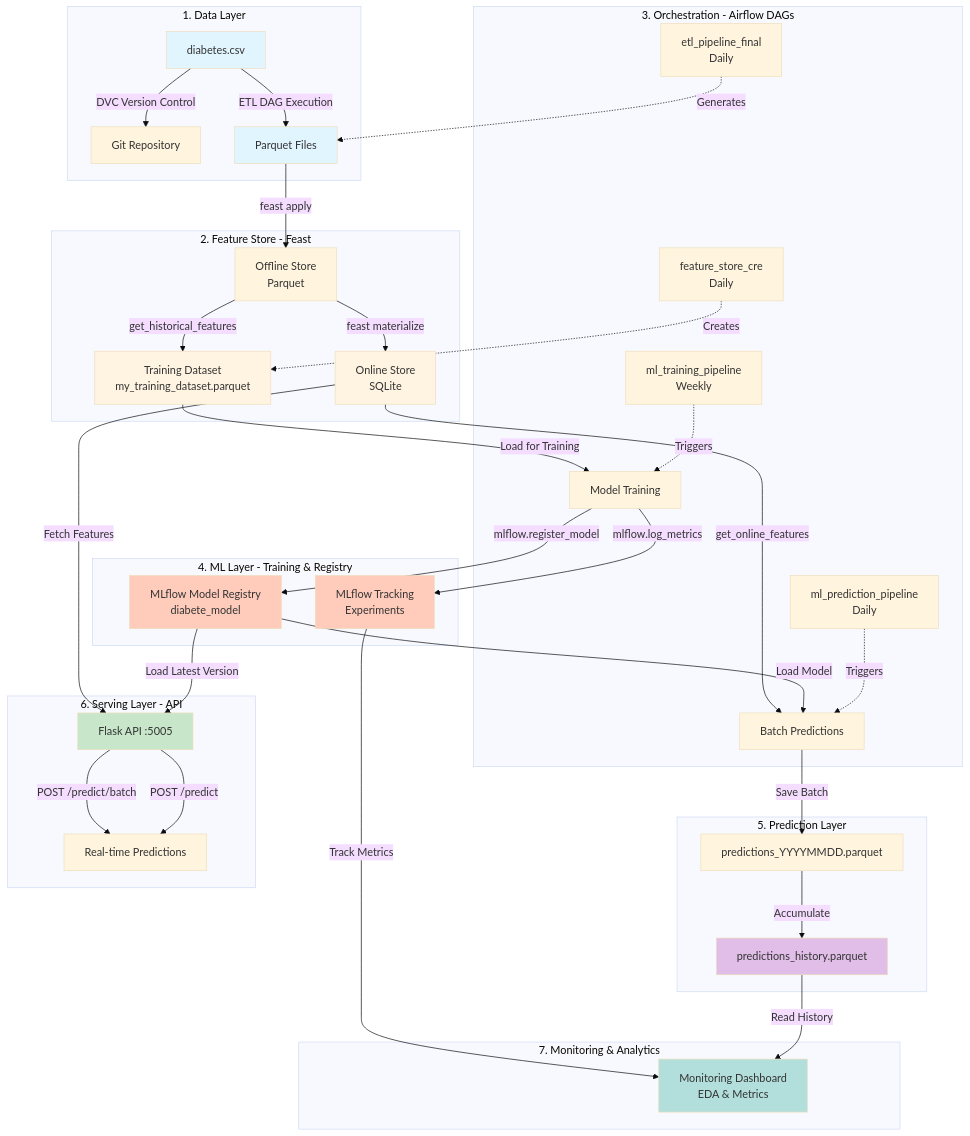
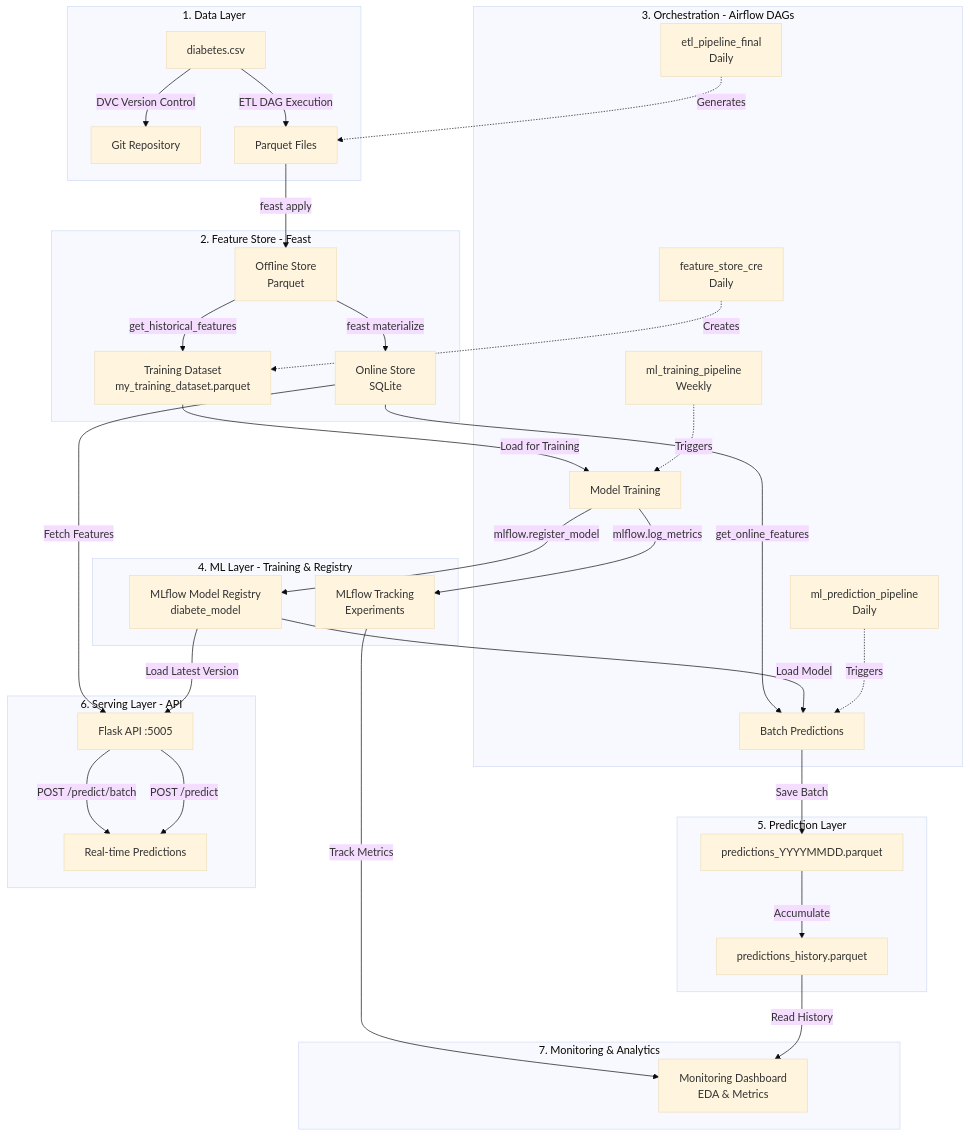
The first of 5 diagrams in README.md (velosoberti/MLOps), drawn with Mermaid (base theme) before and after one commit. The commit also changed other lines of this file, not shown here.

````diff
--- a/README.md
+++ b/README.md
@@ -32,55 +32,47 @@
 ```mermaid
 graph TB
     subgraph "1. Data Layer"
         A[diabetes.csv] -->|DVC Version Control| B[Git Repository]
         A -->|ETL DAG Execution| C[Parquet Files]
     end
     
     subgraph "2. Feature Store - Feast"
         C -->|feast apply| D[Offline Store<br/>Parquet]
         D -->|feast materialize| E[Online Store<br/>SQLite]
         D -->|get_historical_features| F[Training Dataset<br/>my_training_dataset.parquet]
     end
     
     subgraph "3. Orchestration - Airflow DAGs"
         G[etl_pipeline_final<br/>Daily] -.->|Generates| C
         H[feature_store_cre<br/>Daily] -.->|Creates| F
         I[ml_training_pipeline<br/>Weekly] -.->|Triggers| J[Model Training]
         K[ml_prediction_pipeline<br/>Daily] -.->|Triggers| L[Batch Predictions]
     end
     
     subgraph "4. ML Layer - Training & Registry"
         F -->|Load for Training| J
         J -->|mlflow.log_metrics| M[MLflow Tracking<br/>Experiments]
         J -->|mlflow.register_model| N[MLflow Model Registry<br/>diabete_model]
     end
     
     subgraph "5. Prediction Layer"
         N -->|Load Model| L
         E -->|get_online_features| L
         L -->|Save Batch| O[predictions_YYYYMMDD.parquet]
         O -->|Accumulate| P[predictions_history.parquet]
     end
     
     subgraph "6. Serving Layer - API"
         N -->|Load Latest Version| Q[Flask API :5005]
         E -->|Fetch Features| Q
         Q -->|POST /predict| R[Real-time Predictions]
         Q -->|POST /predict/batch| R
     end
     
     subgraph "7. Monitoring & Analytics"
         P -->|Read History| S[Monitoring Dashboard<br/>EDA & Metrics]
         M -->|Track Metrics| S
     end
-    
-    style A fill:#e1f5ff
-    style C fill:#e1f5ff
-    style E fill:#fff4e1
-    style F fill:#fff4e1
-    style M fill:#ffccbc
-    style N fill:#ffccbc
-    style Q fill:#c8e6c9
-    style P fill:#e1bee7
-    style S fill:#b2dfdb
+
+
 ```
````
